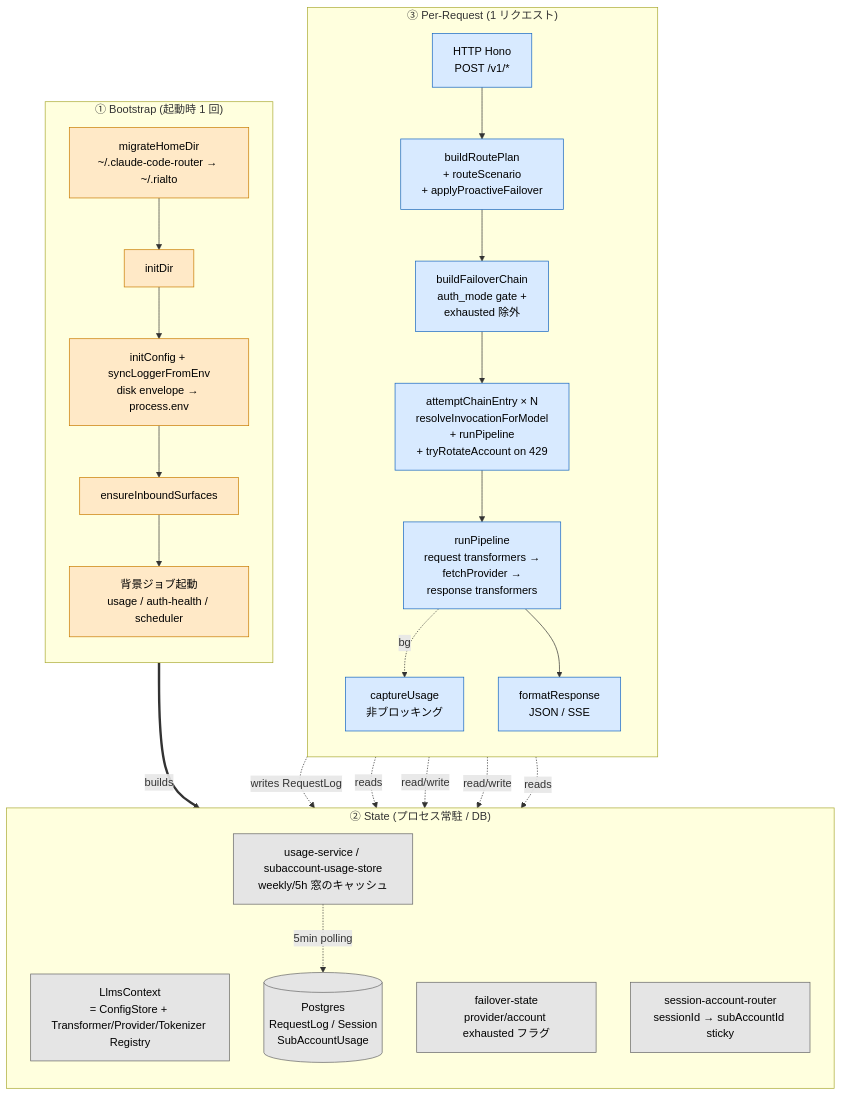
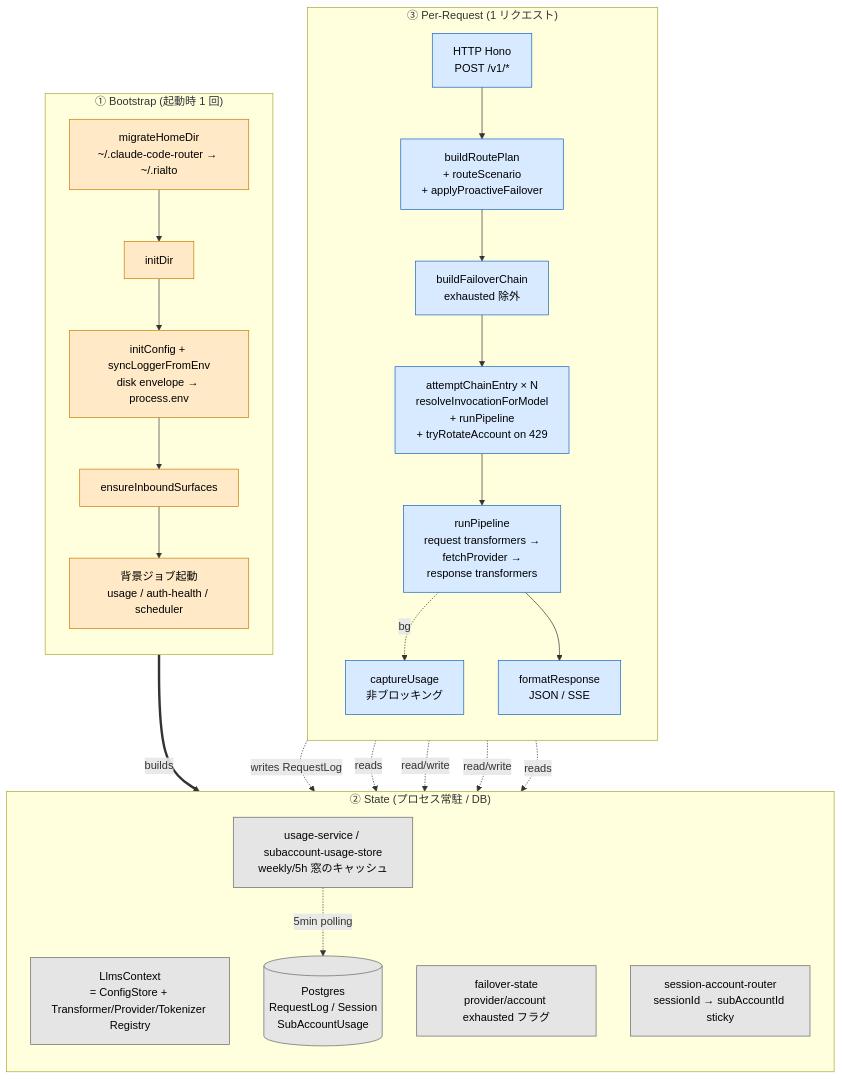
Before and after one commit to tkgstrator/rialto: the first of 12 diagrams in docs/architecture/pipeline-overview.md, drawn with Mermaid. The commit also changed other lines of this file and 137 other files, not shown here.

````diff
--- a/docs/architecture/pipeline-overview.md
+++ b/docs/architecture/pipeline-overview.md
@@ -15,51 +15,51 @@
 ```mermaid
 flowchart TB
   classDef boot fill:#ffe9c7,stroke:#c97c00,color:#000
   classDef perreq fill:#d8eaff,stroke:#1565c0,color:#000
   classDef state fill:#e5e5e5,stroke:#666,color:#000
 
   subgraph BOOT["① Bootstrap (起動時 1 回)"]
     direction TB
     B0[migrateHomeDir<br/>~/.claude-code-router → ~/.rialto]
     B1[initDir]
     B2[initConfig + syncLoggerFromEnv<br/>disk envelope → process.env]
     B3[ensureInboundSurfaces]
     B4[背景ジョブ起動<br/>usage / auth-health / scheduler]
     B0 --> B1 --> B2 --> B3 --> B4
   end
 
   subgraph STATE["② State (プロセス常駐 / DB)"]
     direction TB
     CTX[LlmsContext<br/>= ConfigStore + Transformer/Provider/Tokenizer Registry]
     FS[failover-state<br/>provider/account exhausted フラグ]
     SR[session-account-router<br/>sessionId → subAccountId sticky]
     US[usage-service / subaccount-usage-store<br/>weekly/5h 窓のキャッシュ]
     DB[(Postgres<br/>RequestLog / Session<br/>SubAccountUsage)]
   end
 
   subgraph REQ["③ Per-Request (1 リクエスト)"]
     direction TB
     R1[HTTP Hono<br/>POST /v1/*]
     R2[buildRoutePlan<br/>+ routeScenario<br/>+ applyProactiveFailover]
-    R3[buildFailoverChain<br/>auth_mode gate +<br/>exhausted 除外]
+    R3[buildFailoverChain<br/>exhausted 除外]
     R4[attemptChainEntry × N<br/>resolveInvocationForModel<br/>+ runPipeline<br/>+ tryRotateAccount on 429]
     R5[runPipeline<br/>request transformers →<br/>fetchProvider →<br/>response transformers]
     R6[captureUsage<br/>非ブロッキング]
     R7[formatResponse<br/>JSON / SSE]
     R1 --> R2 --> R3 --> R4 --> R5
     R5 -.bg.-> R6
     R5 --> R7
   end
 
   BOOT ==builds==> CTX
   REQ -.reads.-> CTX
   REQ -.read/write.-> FS
   REQ -.read/write.-> SR
   REQ -.reads.-> US
   R6 -.writes RequestLog.-> DB
   US -.5min polling.-> DB
 
   class B0,B1,B2,B3,B4 boot
   class R1,R2,R3,R4,R5,R6,R7 perreq
   class CTX,FS,SR,US,DB state
 ```
````
